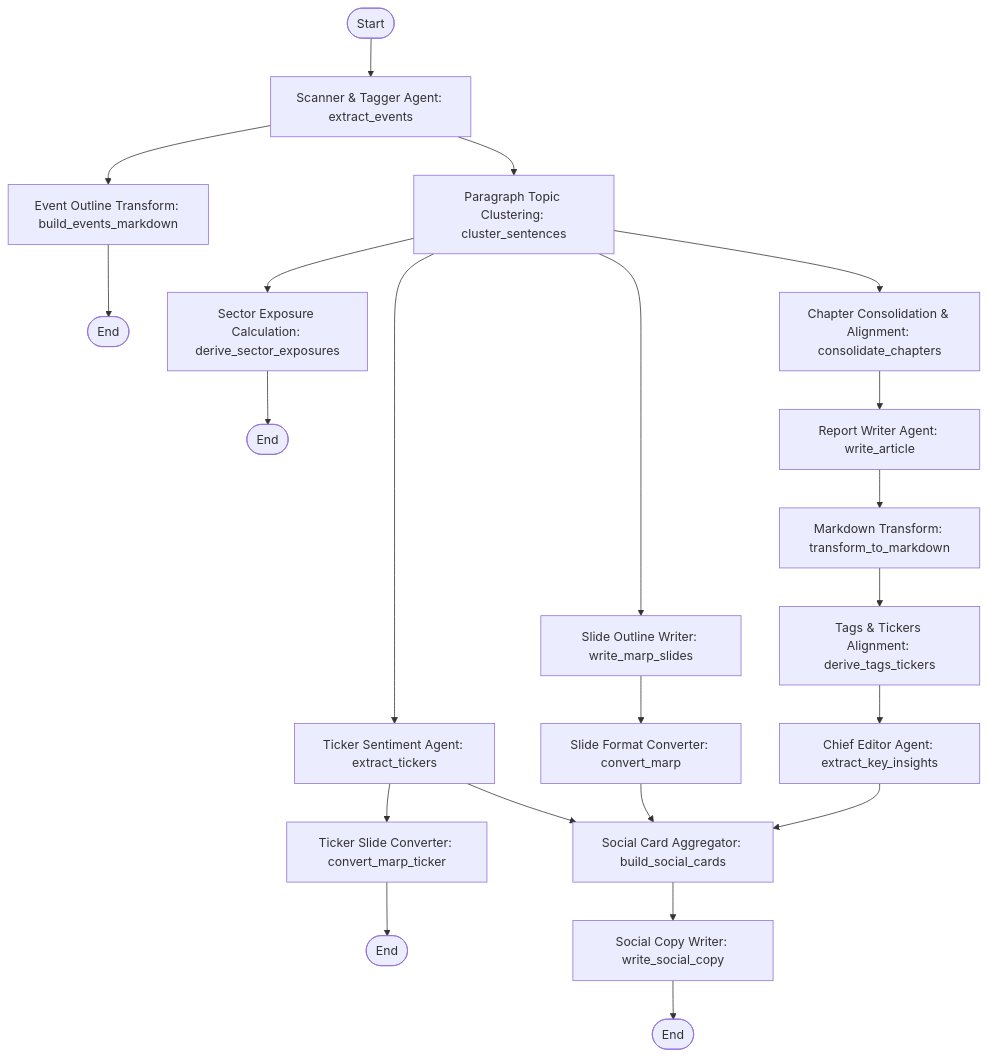
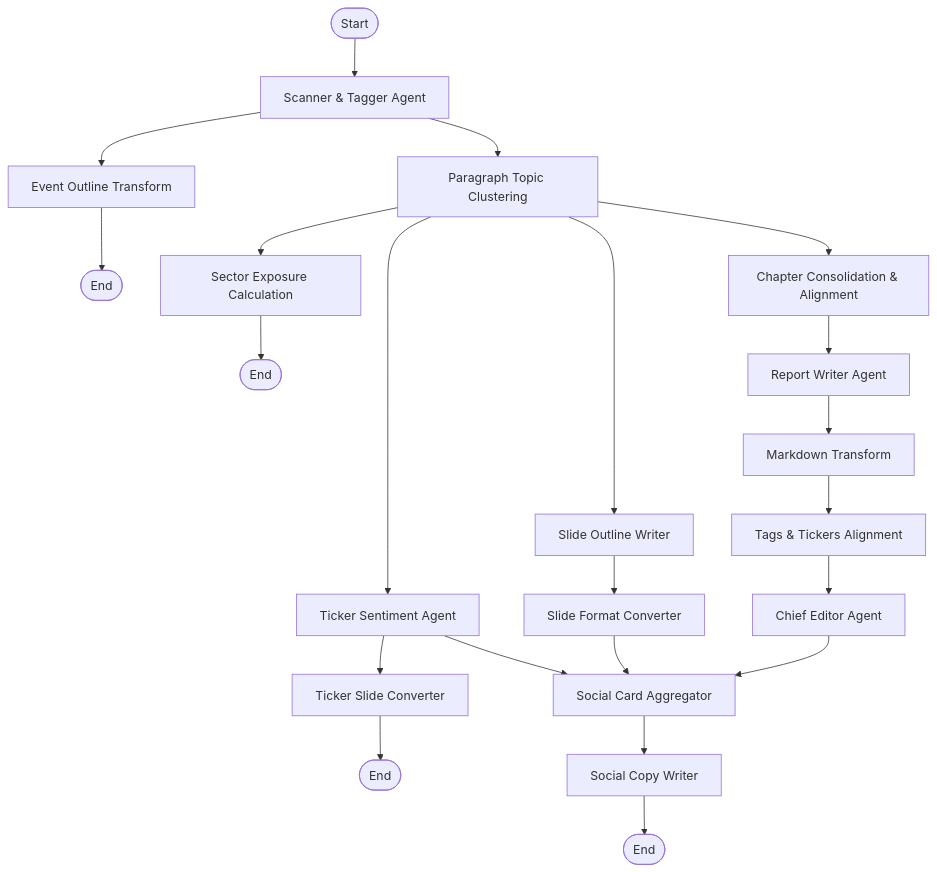
Before and after one commit to HaoweiChan/HaoweiChan.github.io: the diagram in src/content/blog/agentic-ingestion-pipeline-part1.md, drawn with Mermaid. The commit also changed 7 other files, not shown here.

First line of the commit message:
refactor(blog): narrow every diagram to fit the column, drop a duplicate

````diff
--- a/src/content/blog/agentic-ingestion-pipeline-part1.md
+++ b/src/content/blog/agentic-ingestion-pipeline-part1.md
@@ -43,39 +43,39 @@
 ```mermaid
 flowchart TD
-    Start([Start]) --> extract_events[Scanner & Tagger Agent: extract_events]
+    Start([Start]) --> extract_events[Scanner & Tagger Agent]
     
     %% First Fan-out
-    extract_events --> cluster_sentences[Paragraph Topic Clustering: cluster_sentences]
-    extract_events --> build_events_markdown[Event Outline Transform: build_events_markdown]
+    extract_events --> cluster_sentences[Paragraph Topic Clustering]
+    extract_events --> build_events_markdown[Event Outline Transform]
     
     build_events_markdown --> End1([End])
     
     %% Second Fan-out (from clustering)
-    cluster_sentences --> consolidate_chapters[Chapter Consolidation & Alignment: consolidate_chapters]
-    cluster_sentences --> write_marp_slides[Slide Outline Writer: write_marp_slides]
-    cluster_sentences --> extract_tickers[Ticker Sentiment Agent: extract_tickers]
-    cluster_sentences --> derive_sector_exposures[Sector Exposure Calculation: derive_sector_exposures]
+    cluster_sentences --> consolidate_chapters[Chapter Consolidation & Alignment]
+    cluster_sentences --> write_marp_slides[Slide Outline Writer]
+    cluster_sentences --> extract_tickers[Ticker Sentiment Agent]
+    cluster_sentences --> derive_sector_exposures[Sector Exposure Calculation]
     
     derive_sector_exposures --> End2([End])
     
     %% Writing Branch
-    consolidate_chapters --> write_article[Report Writer Agent: write_article]
-    write_article --> transform_to_markdown[Markdown Transform: transform_to_markdown]
-    transform_to_markdown --> derive_tags_tickers[Tags & Tickers Alignment: derive_tags_tickers]
-    derive_tags_tickers --> extract_key_insights[Chief Editor Agent: extract_key_insights]
+    consolidate_chapters --> write_article[Report Writer Agent]
+    write_article --> transform_to_markdown[Markdown Transform]
+    transform_to_markdown --> derive_tags_tickers[Tags & Tickers Alignment]
+    derive_tags_tickers --> extract_key_insights[Chief Editor Agent]
     
     %% Slide Branch
-    write_marp_slides --> convert_marp[Slide Format Converter: convert_marp]
+    write_marp_slides --> convert_marp[Slide Format Converter]
     
     %% Ticker Branch
-    extract_tickers --> convert_marp_ticker[Ticker Slide Converter: convert_marp_ticker]
+    extract_tickers --> convert_marp_ticker[Ticker Slide Converter]
     convert_marp_ticker --> End3([End])
     
     %% Fan-in Social Generation
-    extract_key_insights --> build_social_cards[Social Card Aggregator: build_social_cards]
+    extract_key_insights --> build_social_cards[Social Card Aggregator]
     convert_marp --> build_social_cards
     extract_tickers --> build_social_cards
     
-    build_social_cards --> write_social_copy[Social Copy Writer: write_social_copy]
+    build_social_cards --> write_social_copy[Social Copy Writer]
     write_social_copy --> End4([End])
 ```
````
